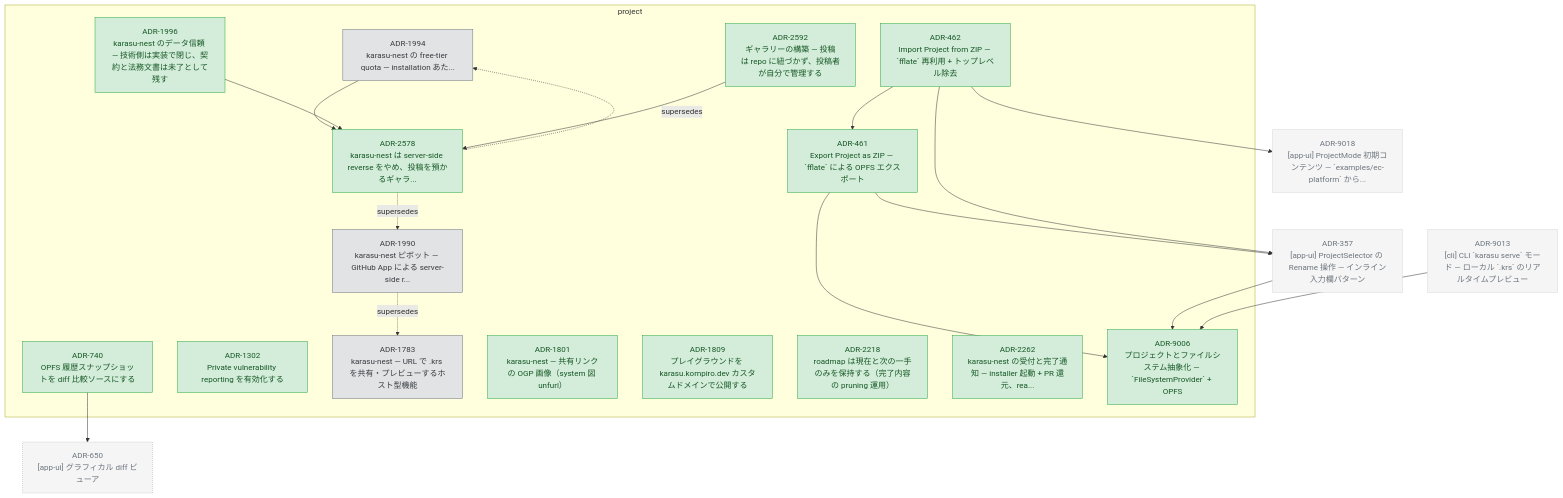
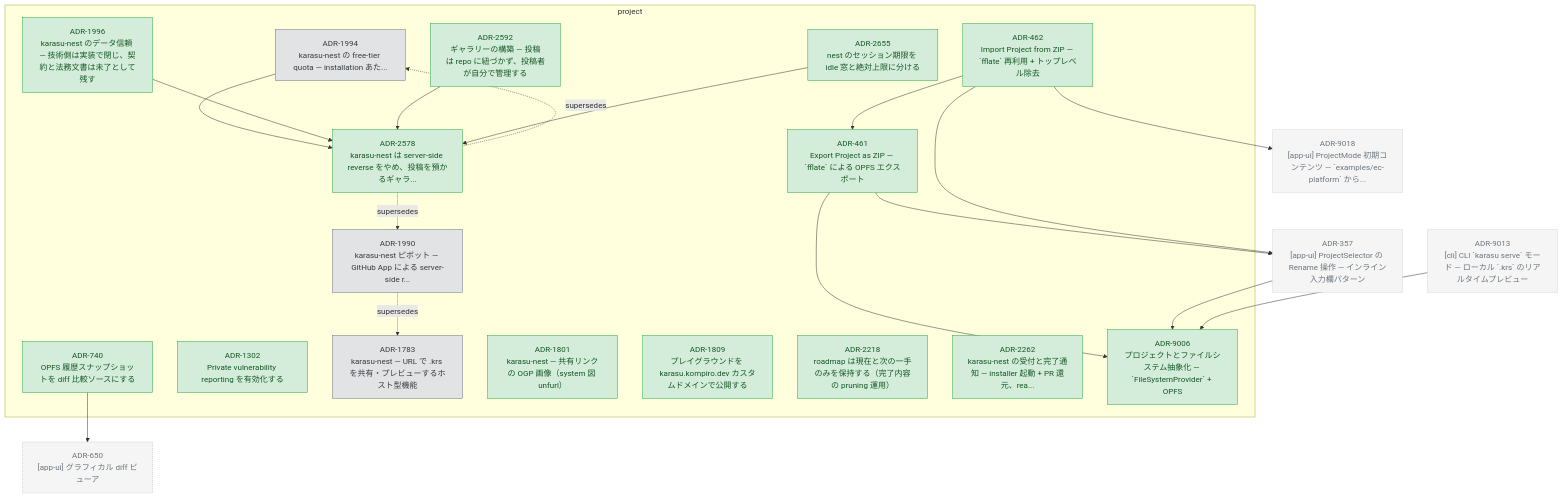
One commit to kompiro/karasu changed the diagram in docs/adr/graph/project.md. Above: the diagram before and after it, drawn with Mermaid. The commit also changed 27 other files, not shown here.

````diff
--- a/docs/adr/graph/project.md
+++ b/docs/adr/graph/project.md
@@ -6,64 +6,67 @@
 ```mermaid
 flowchart TD
   subgraph project["project"]
     ADR_461["ADR-461<br/>Export Project as ZIP — `fflate` による OPFS エクスポート"]
     ADR_462["ADR-462<br/>Import Project from ZIP — `fflate` 再利用 + トップレベル除去"]
     ADR_740["ADR-740<br/>OPFS 履歴スナップショットを diff 比較ソースにする"]
     ADR_1302["ADR-1302<br/>Private vulnerability reporting を有効化する"]
     ADR_1783["ADR-1783<br/>karasu-nest — URL で .krs を共有・プレビューするホスト型機能"]
     ADR_1801["ADR-1801<br/>karasu-nest — 共有リンクの OGP 画像（system 図 unfurl）"]
     ADR_1809["ADR-1809<br/>プレイグラウンドを karasu.kompiro.dev カスタムドメインで公開する"]
     ADR_1990["ADR-1990<br/>karasu-nest ピボット — GitHub App による server-side r..."]
     ADR_1994["ADR-1994<br/>karasu-nest の free-tier quota — installation あた..."]
     ADR_1996["ADR-1996<br/>karasu-nest のデータ信頼 — 技術側は実装で閉じ、契約と法務文書は未了として残す"]
     ADR_2218["ADR-2218<br/>roadmap は現在と次の一手のみを保持する（完了内容の pruning 運用）"]
     ADR_2262["ADR-2262<br/>karasu-nest の受付と完了通知 — installer 起動 + PR 還元、rea..."]
     ADR_2578["ADR-2578<br/>karasu-nest は server-side reverse をやめ、投稿を預かるギャラ..."]
     ADR_2592["ADR-2592<br/>ギャラリーの構築 — 投稿は repo に紐づかず、投稿者が自分で管理する"]
+    ADR_2655["ADR-2655<br/>nest のセッション期限を idle 窓と絶対上限に分ける"]
     ADR_9006["ADR-9006<br/>プロジェクトとファイルシステム抽象化 — `FileSystemProvider` + OPFS"]
   end
   ADR_357["ADR-357<br/>[app-ui] ProjectSelector の Rename 操作 — インライン入力欄パターン"]
   ADR_650["ADR-650<br/>[app-ui] グラフィカル diff ビューア"]
   ADR_9013["ADR-9013<br/>[cli] CLI `karasu serve` モード — ローカル `.krs` のリアルタイムプレビュー"]
   ADR_9018["ADR-9018<br/>[app-ui] ProjectMode 初期コンテンツ — `examples/ec-platform` から..."]
   ADR_461 --> ADR_9006
   ADR_461 --> ADR_357
   ADR_462 --> ADR_357
   ADR_462 --> ADR_9018
   ADR_462 --> ADR_461
   ADR_740 --> ADR_650
   ADR_1994 --> ADR_2578
   ADR_1996 --> ADR_2578
   ADR_2592 --> ADR_2578
+  ADR_2655 --> ADR_2578
   ADR_357 --> ADR_9006
   ADR_9013 --> ADR_9006
   ADR_1990 -.supersedes.-> ADR_1783
   ADR_2578 -.supersedes.-> ADR_1990
   ADR_2578 -.supersedes.-> ADR_1994
 
   classDef accepted fill:#d4edda,stroke:#28a745,color:#155724
   classDef proposed fill:#fff3cd,stroke:#ffc107,color:#856404
   classDef deprecated fill:#f8d7da,stroke:#dc3545,color:#721c24
   classDef superseded fill:#e2e3e5,stroke:#6c757d,color:#383d41
   classDef not_adopted fill:#e2e3e5,stroke:#6c757d,color:#383d41,stroke-dasharray:3 3
   classDef ghost fill:#f5f5f5,stroke:#adb5bd,color:#6c757d,stroke-dasharray:2 2
   class ADR_461 accepted
   class ADR_462 accepted
   class ADR_740 accepted
   class ADR_1302 accepted
   class ADR_1783 superseded
   class ADR_1801 accepted
   class ADR_1809 accepted
   class ADR_1990 superseded
   class ADR_1994 superseded
   class ADR_1996 accepted
   class ADR_2218 accepted
   class ADR_2262 accepted
   class ADR_2578 accepted
   class ADR_2592 accepted
+  class ADR_2655 accepted
   class ADR_9006 accepted
   class ADR_357 ghost
   class ADR_650 ghost
   class ADR_9013 ghost
   class ADR_9018 ghost
 ```
````
